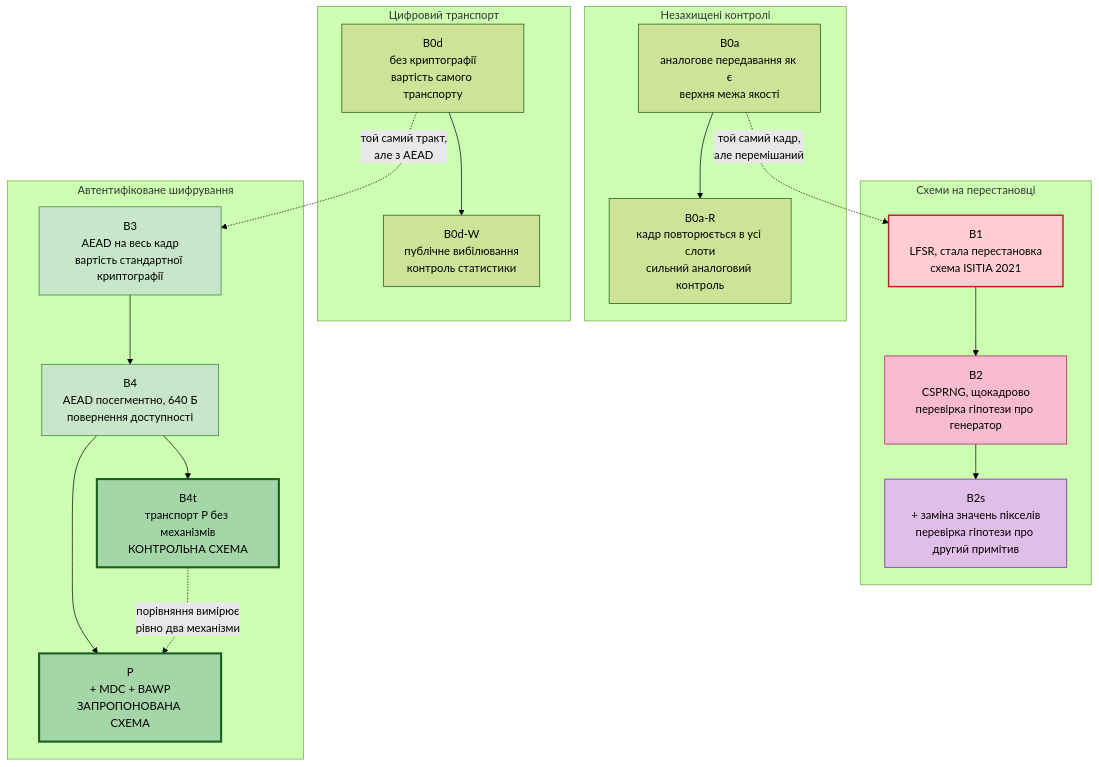
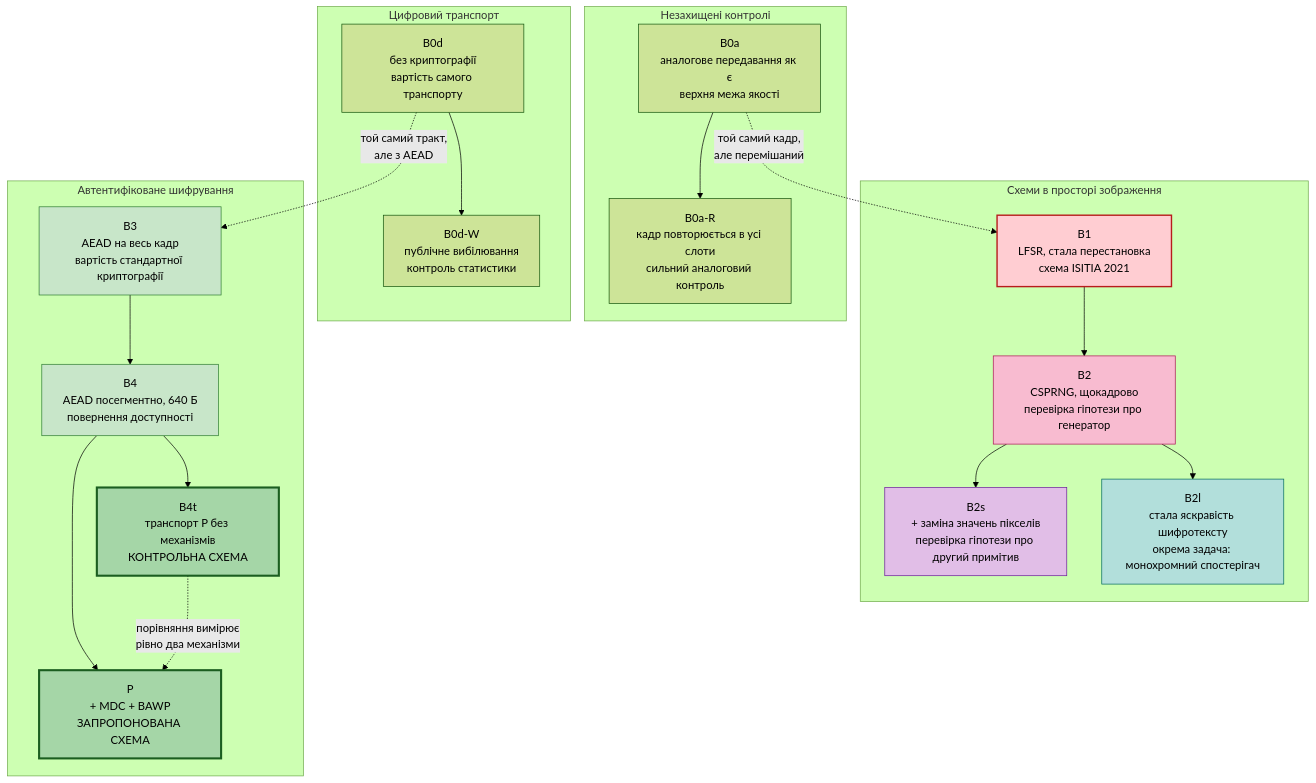
Before and after one commit to RE22GDV/avsec: the first of 13 diagrams in docs/methods.md, drawn with Mermaid (forest theme). The commit also changed other lines of this file and 3 other files, not shown here.

Commit message:
B2l у каталозі схем, головному README, карті документації й словнику

````diff
--- a/docs/methods.md
+++ b/docs/methods.md
@@ -144,38 +165,41 @@
 ```mermaid
 flowchart TD
     subgraph UNPROT["Незахищені контролі"]
         B0a["B0a<br/>аналогове передавання як є<br/>верхня межа якості"]
         B0aR["B0a-R<br/>кадр повторюється в усі слоти<br/>сильний аналоговий контроль"]
         B0a --> B0aR
     end
-    subgraph PERM["Схеми на перестановці"]
+    subgraph PERM["Схеми в просторі зображення"]
         B1["B1<br/>LFSR, стала перестановка<br/>схема ISITIA 2021"]
         B2["B2<br/>CSPRNG, щокадрово<br/>перевірка гіпотези про генератор"]
         B2s["B2s<br/>+ заміна значень пікселів<br/>перевірка гіпотези про другий примітив"]
+        B2l["B2l<br/>стала яскравість шифротексту<br/>окрема задача: монохромний спостерігач"]
         B1 --> B2 --> B2s
+        B2 --> B2l
     end
     subgraph DIG["Цифровий транспорт"]
         B0d["B0d<br/>без криптографії<br/>вартість самого транспорту"]
         B0dW["B0d-W<br/>публічне вибілювання<br/>контроль статистики"]
         B0d --> B0dW
     end
     subgraph AE["Автентифіковане шифрування"]
         B3["B3<br/>AEAD на весь кадр<br/>вартість стандартної криптографії"]
         B4["B4<br/>AEAD посегментно, 640 Б<br/>повернення доступності"]
         B4t["B4t<br/>транспорт P без механізмів<br/>КОНТРОЛЬНА СХЕМА"]
         P["P<br/>+ MDC + BAWP<br/>ЗАПРОПОНОВАНА СХЕМА"]
         B3 --> B4
         B4 --> B4t
         B4 --> P
     end
     B0a -.->|"той самий кадр,<br/>але перемішаний"| B1
     B0d -.->|"той самий тракт,<br/>але з AEAD"| B3
     B4t -.->|"порівняння вимірює<br/>рівно два механізми"| P
     style B1 fill:#ffcdd2,stroke:#b71c1c,stroke-width:2px
     style B2 fill:#f8bbd0,stroke:#ad1457
     style B2s fill:#e1bee7,stroke:#6a1b9a
+    style B2l fill:#b2dfdb,stroke:#00695c
     style B3 fill:#c8e6c9,stroke:#2e7d32
     style B4 fill:#c8e6c9,stroke:#2e7d32
     style B4t fill:#a5d6a7,stroke:#1b5e20,stroke-width:3px
     style P fill:#a5d6a7,stroke:#1b5e20,stroke-width:3px
 ```
````
